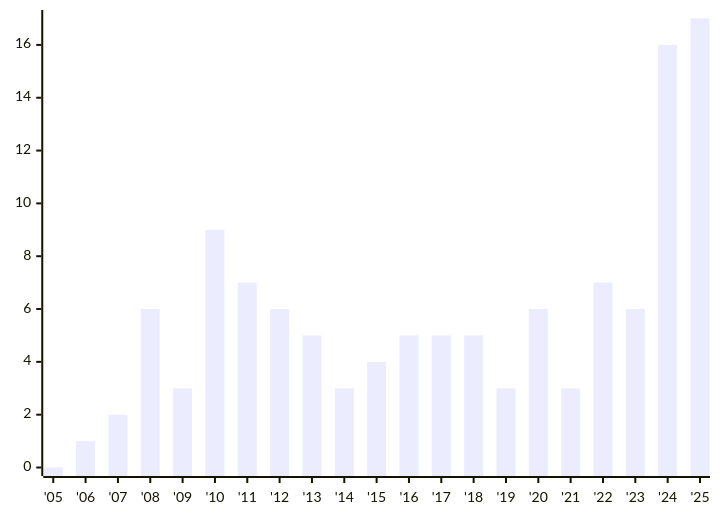
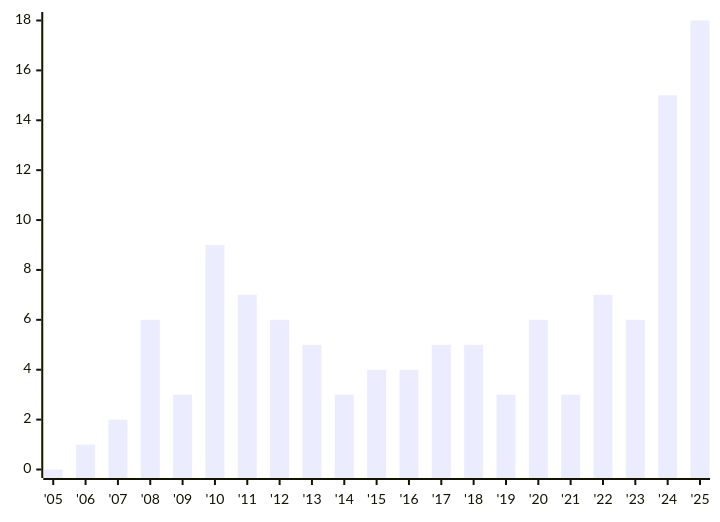
One commit to austrellum/navigator changed the second of 4 diagrams in index.stats.md. Above: the diagram before and after it, drawn with Mermaid. The commit also changed other lines of this file and 8 other files, not shown here.

````diff
--- a/index.stats.md
+++ b/index.stats.md
@@ -18,6 +18,6 @@
 ```mermaid
 xychart-beta
   x-axis ["'05","'06","'07","'08","'09","'10","'11","'12","'13","'14","'15","'16","'17","'18","'19","'20","'21","'22","'23","'24","'25"]
-  y-axis 0 --> 17
-  bar [0,1,2,6,3,9,7,6,5,3,4,5,5,5,3,6,3,7,6,16,17]
+  y-axis 0 --> 18
+  bar [0,1,2,6,3,9,7,6,5,3,4,4,5,5,3,6,3,7,6,15,18]
 ```
````
